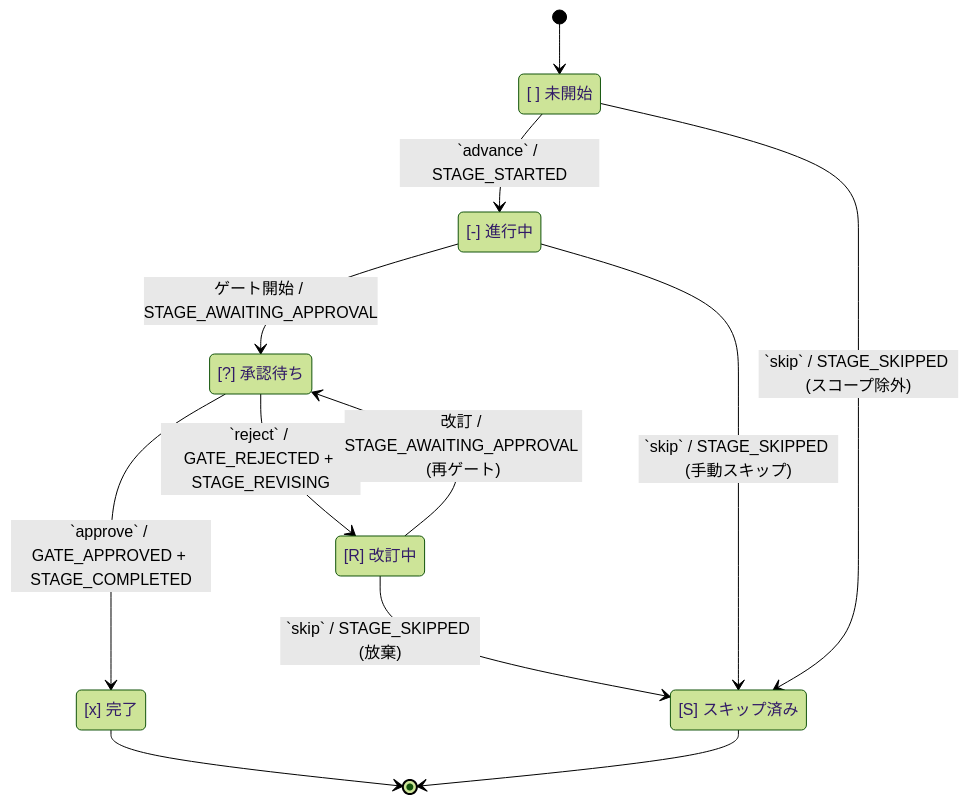
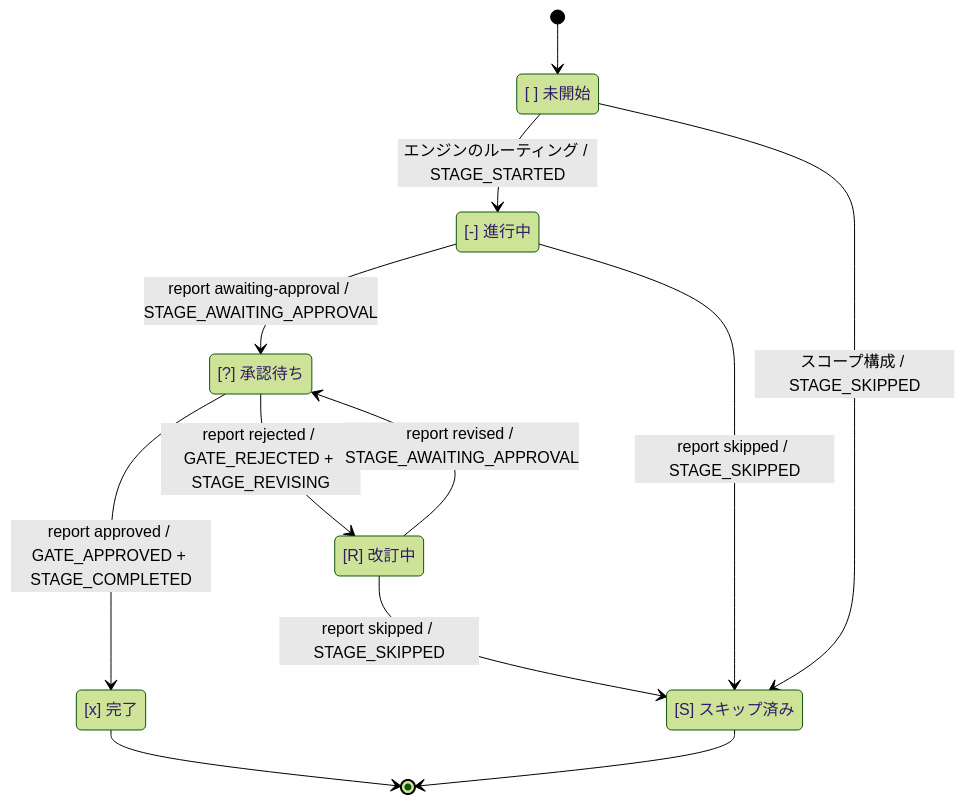
The fourth of 4 diagrams in docs/reference/03-orchestrator.mdx (otomatty/aidlc-workflows-docs), drawn with Mermaid (forest theme) before and after one commit. The commit also changed other lines of this file and 71 other files, not shown here.

````diff
--- a/docs/reference/03-orchestrator.mdx
+++ b/docs/reference/03-orchestrator.mdx
@@ -495,21 +504,21 @@
 ```mermaid
 stateDiagram-v2
     [*] --> P1
     state "[ ] 未開始" as P1
     state "[-] 進行中" as P2
     state "[?] 承認待ち" as P3
     state "[R] 改訂中" as P4
     state "[x] 完了" as P5
     state "[S] スキップ済み" as P6
 
-    P1 --> P2 : `advance` / STAGE_STARTED
-    P2 --> P3 : ゲート開始 / STAGE_AWAITING_APPROVAL
-    P3 --> P5 : `approve` / GATE_APPROVED + STAGE_COMPLETED
-    P3 --> P4 : `reject` / GATE_REJECTED + STAGE_REVISING
-    P4 --> P3 : 改訂 / STAGE_AWAITING_APPROVAL (再ゲート)
-    P1 --> P6 : `skip` / STAGE_SKIPPED (スコープ除外)
-    P2 --> P6 : `skip` / STAGE_SKIPPED (手動スキップ)
-    P4 --> P6 : `skip` / STAGE_SKIPPED (放棄)
+    P1 --> P2 : エンジンのルーティング / STAGE_STARTED
+    P2 --> P3 : report awaiting-approval / STAGE_AWAITING_APPROVAL
+    P3 --> P5 : report approved / GATE_APPROVED + STAGE_COMPLETED
+    P3 --> P4 : report rejected / GATE_REJECTED + STAGE_REVISING
+    P4 --> P3 : report revised / STAGE_AWAITING_APPROVAL
+    P1 --> P6 : スコープ構成 / STAGE_SKIPPED
+    P2 --> P6 : report skipped / STAGE_SKIPPED
+    P4 --> P6 : report skipped / STAGE_SKIPPED
     P5 --> [*]
     P6 --> [*]
 ```
````
